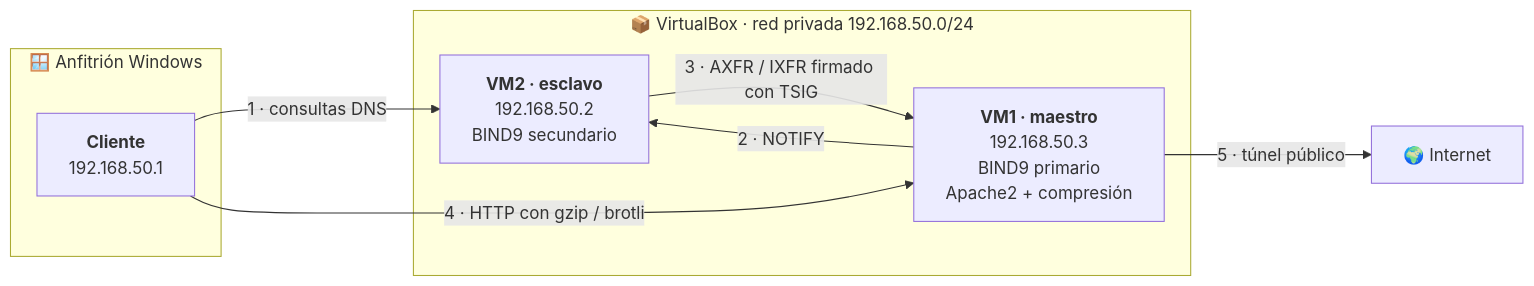
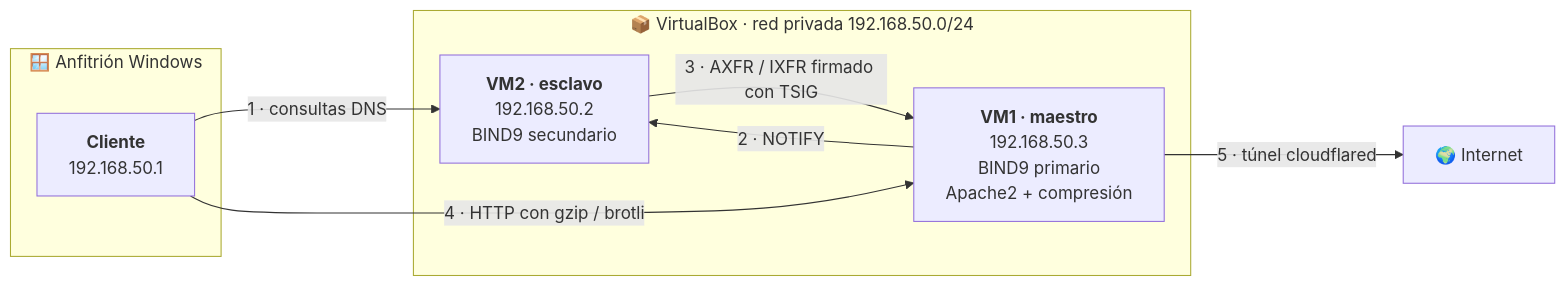
One commit to MBeta032/Parcial-1-Servicios-Telematicos changed the diagram in README.md. Above: the diagram before and after it, drawn with Mermaid. The commit also changed other lines of this file, not shown here.

````diff
--- a/README.md
+++ b/README.md
@@ -59,19 +70,19 @@
 ```mermaid
 flowchart LR
     subgraph HOST["🪟 Anfitrión Windows"]
         C["<b>Cliente</b><br/>192.168.50.1"]
     end
 
     subgraph VBOX["📦 VirtualBox · red privada 192.168.50.0/24"]
         E["<b>VM2 · esclavo</b><br/>192.168.50.2<br/>BIND9 secundario"]
         M["<b>VM1 · maestro</b><br/>192.168.50.3<br/>BIND9 primario<br/>Apache2 + compresión"]
     end
 
     NET["🌍 Internet"]
 
     C -->|"1 · consultas DNS"| E
     M -->|"2 · NOTIFY"| E
     E -->|"3 · AXFR / IXFR firmado con TSIG"| M
     C -->|"4 · HTTP con gzip / brotli"| M
-    M -->|"5 · túnel público"| NET
+    M -->|"5 · túnel cloudflared"| NET
 ```
````
